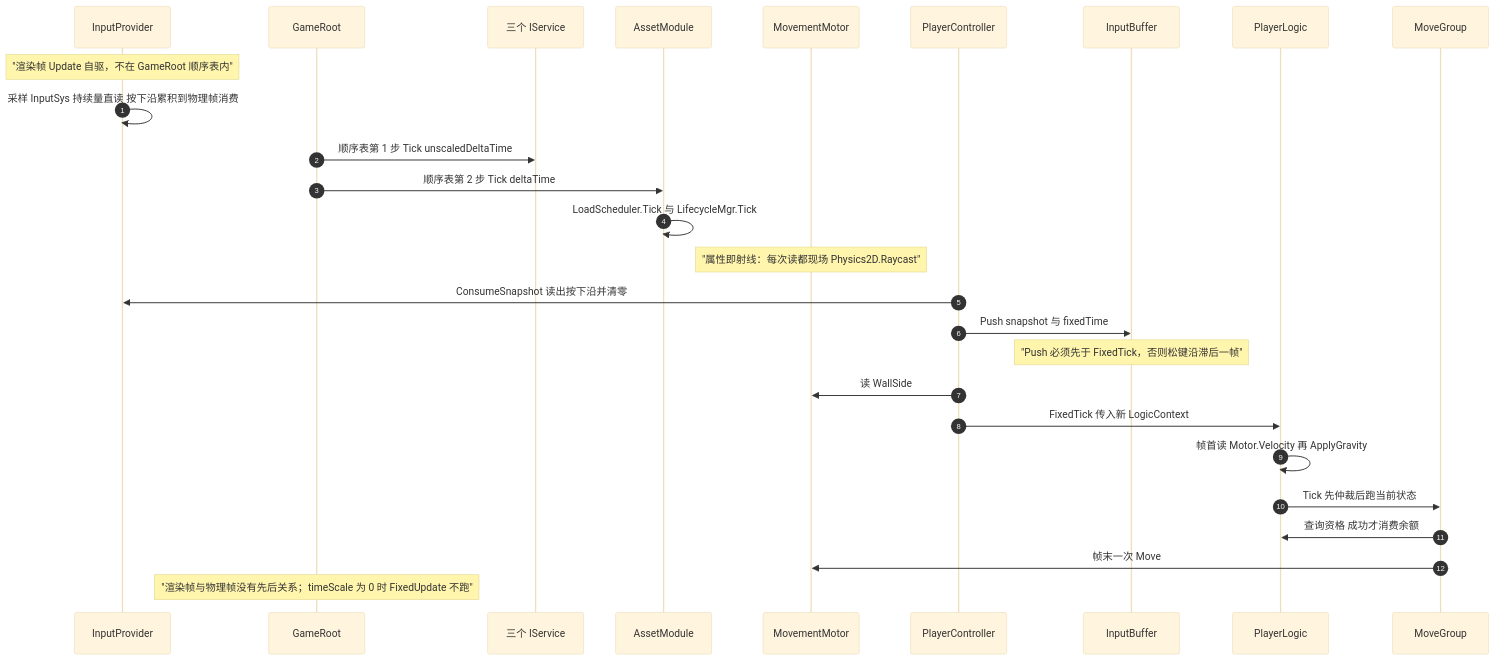
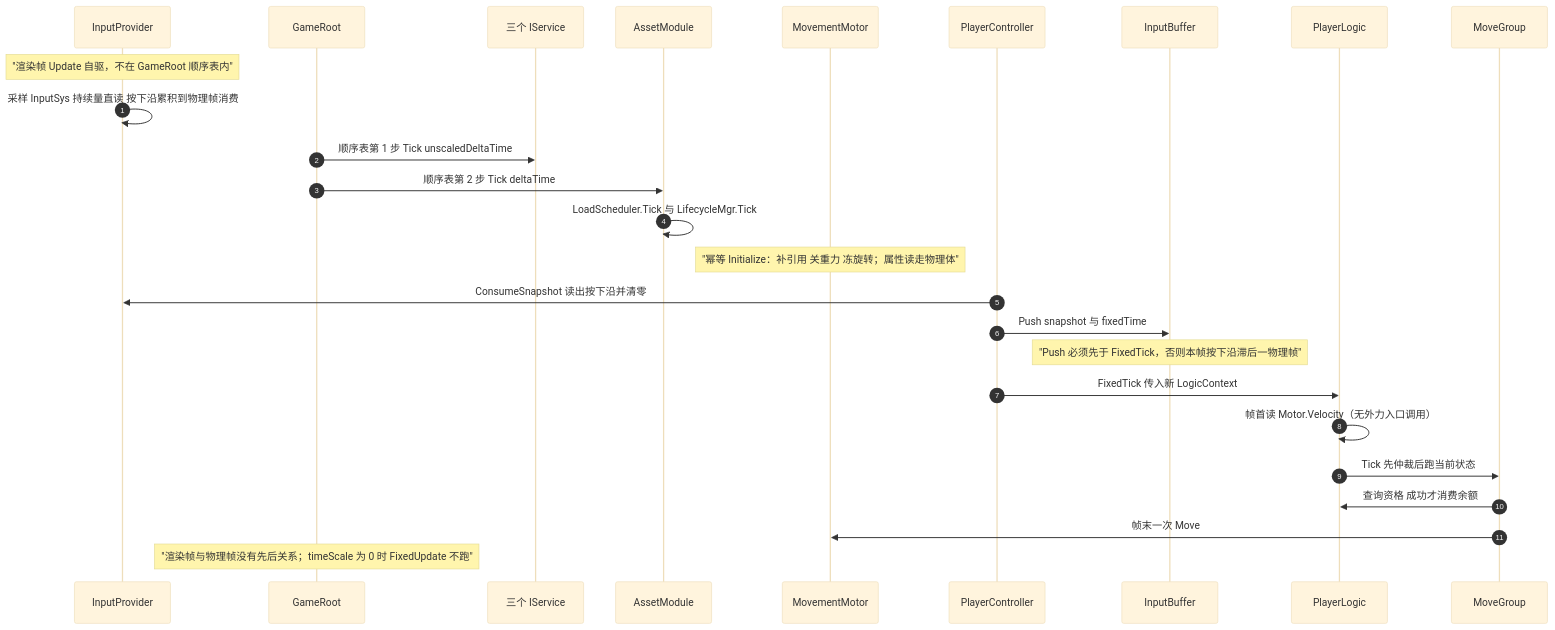
The eighth of 16 diagrams in Docs/架构图集.md (5FYZhou/deepseaoil), drawn with Mermaid (base theme) before and after one commit. The commit also changed other lines of this file and 47 other files, not shown here.

````diff
--- a/Docs/架构图集.md
+++ b/Docs/架构图集.md
@@ -356,29 +360,28 @@
 ```mermaid
 sequenceDiagram
     autonumber
     participant IP as InputProvider
     participant GR as GameRoot
     participant SVC as 三个 IService
     participant AM as AssetModule
     participant MM as MovementMotor
     participant PC as PlayerController
     participant IB as InputBuffer
     participant PL as PlayerLogic
     participant MG as MoveGroup
     Note over IP: "渲染帧 Update 自驱，不在 GameRoot 顺序表内"
     IP->>IP: 采样 InputSys 持续量直读 按下沿累积到物理帧消费
     GR->>SVC: 顺序表第 1 步 Tick unscaledDeltaTime
     GR->>AM: 顺序表第 2 步 Tick deltaTime
     AM->>AM: LoadScheduler.Tick 与 LifecycleMgr.Tick
-    Note over MM: "属性即射线：每次读都现场 Physics2D.Raycast"
+    Note over MM: "幂等 Initialize：补引用 关重力 冻旋转；属性读走物理体"
     PC->>IP: ConsumeSnapshot 读出按下沿并清零
     PC->>IB: Push snapshot 与 fixedTime
-    Note over IB: "Push 必须先于 FixedTick，否则松键沿滞后一帧"
-    PC->>MM: 读 WallSide
+    Note over IB: "Push 必须先于 FixedTick，否则本帧按下沿滞后一物理帧"
     PC->>PL: FixedTick 传入新 LogicContext
-    PL->>PL: 帧首读 Motor.Velocity 再 ApplyGravity
+    PL->>PL: 帧首读 Motor.Velocity（无外力入口调用）
     PL->>MG: Tick 先仲裁后跑当前状态
     MG->>PL: 查询资格 成功才消费余额
     MG->>MM: 帧末一次 Move
     Note over GR: "渲染帧与物理帧没有先后关系；timeScale 为 0 时 FixedUpdate 不跑"
 ```
````
